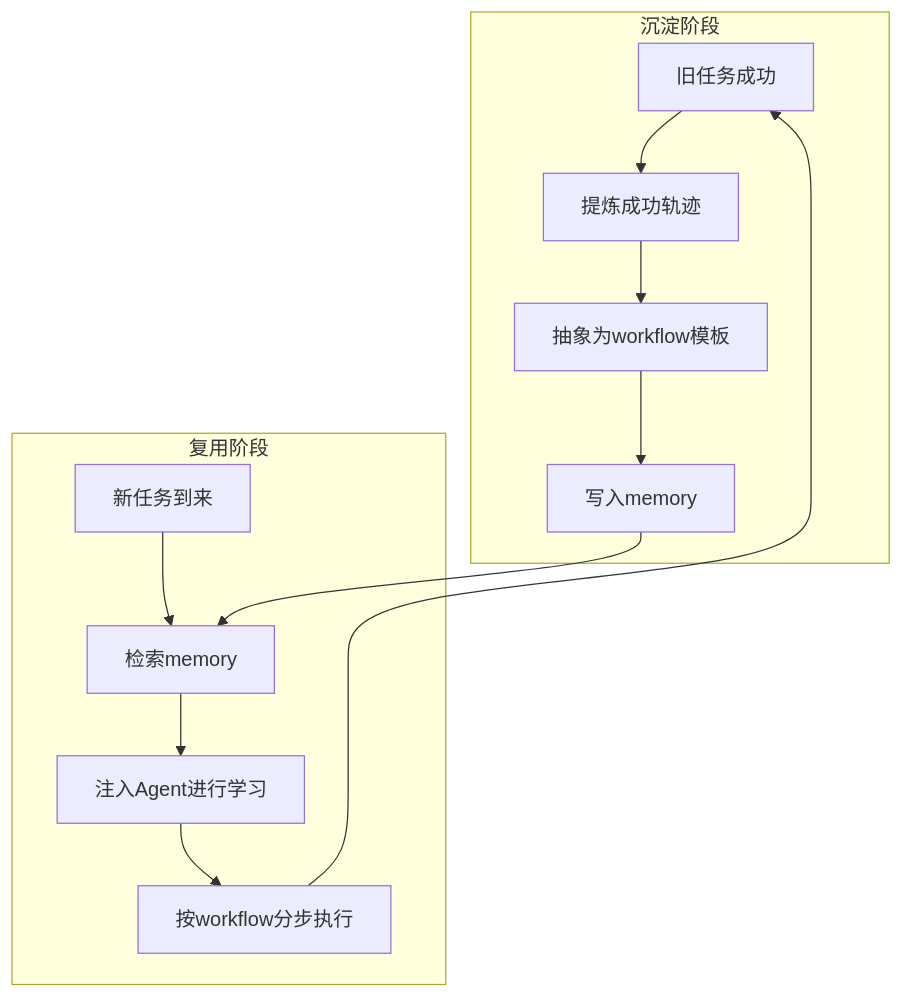
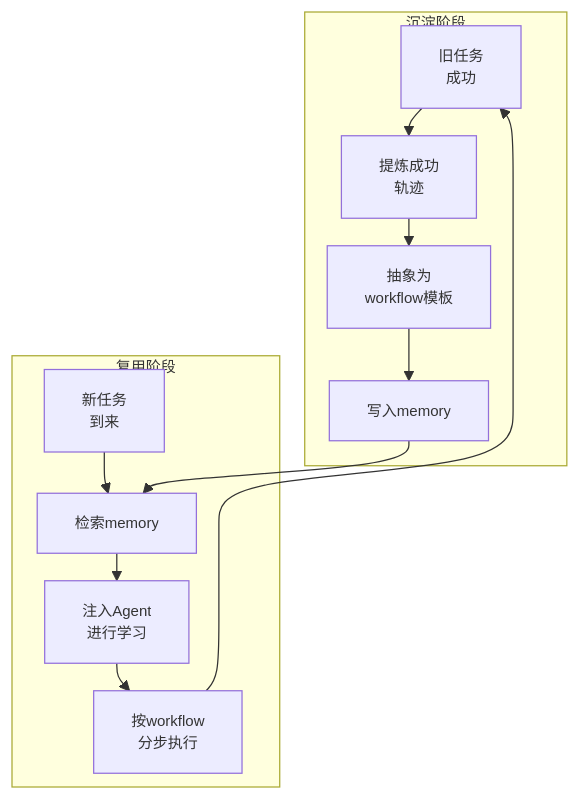
The diagram in README.md (maple0leaves/LeafBot), drawn with Mermaid before and after one commit.

Commit message:
docs: optimize Mermaid diagram size in README
Reduce Mermaid chart footprint in README by tightening spacing, lowering font size, and splitting long labels across lines for better readability.

Made-with: Cursor

````diff
--- a/README.md
+++ b/README.md
@@ -13,21 +13,22 @@
 ```mermaid
+%%{init: {'themeVariables': {'fontSize': '12px'}, 'flowchart': {'nodeSpacing': 16, 'rankSpacing': 22}} }%%
 flowchart TD
     subgraph saveFlow [沉淀阶段]
-        s1[旧任务成功]
-        s2[提炼成功轨迹]
-        s3[抽象为workflow模板]
+        s1[旧任务<br/>成功]
+        s2[提炼成功<br/>轨迹]
+        s3[抽象为<br/>workflow模板]
         s4[写入memory]
         s1 --> s2 --> s3 --> s4
     end
 
     subgraph runFlow [复用阶段]
-        r1[新任务到来]
+        r1[新任务<br/>到来]
         r2[检索memory]
-        r3[注入Agent进行学习]
-        r4[按workflow分步执行]
+        r3[注入Agent<br/>进行学习]
+        r4[按workflow<br/>分步执行]
         r1 --> r2 --> r3 --> r4
     end
 
     s4 --> r2
     r4 --> s1
 ```
````
